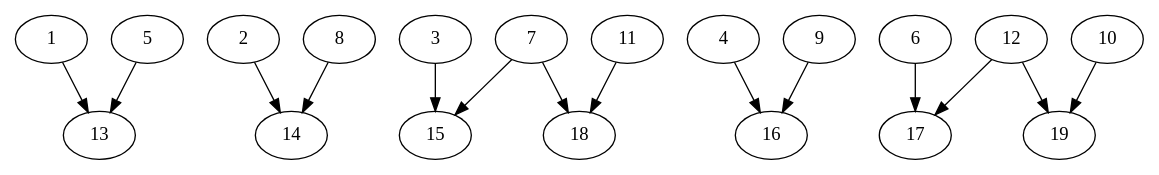
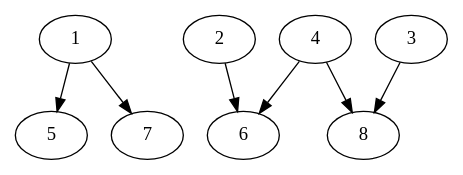
The diagram in BiPartiteGraph.gv (daniel-wright243/NetworkProber), drawn with Graphviz before and after one commit. The commit also changed 23 other files, not shown here.

```diff
--- a/BiPartiteGraph.gv
+++ b/BiPartiteGraph.gv
@@ -1,34 +1,15 @@
 // BiPartiteGraph
 digraph BiPartiteGraph {
 	1
 	2
 	3
-	4
 	5
 	6
 	7
-	8
-	9
-	10
-	11
-	13
-	14
-	15
-	16
-	17
-	18
-	1 -> 13
-	2 -> 14
-	3 -> 15
-	4 -> 16
-	5 -> 13
-	6 -> 17
-	7 -> 15
-	7 -> 18
-	8 -> 14
-	9 -> 16
-	10 -> 19
-	11 -> 18
-	12 -> 17
-	12 -> 19
+	1 -> 5
+	1 -> 7
+	2 -> 6
+	3 -> 8
+	4 -> 6
+	4 -> 8
 }
```
